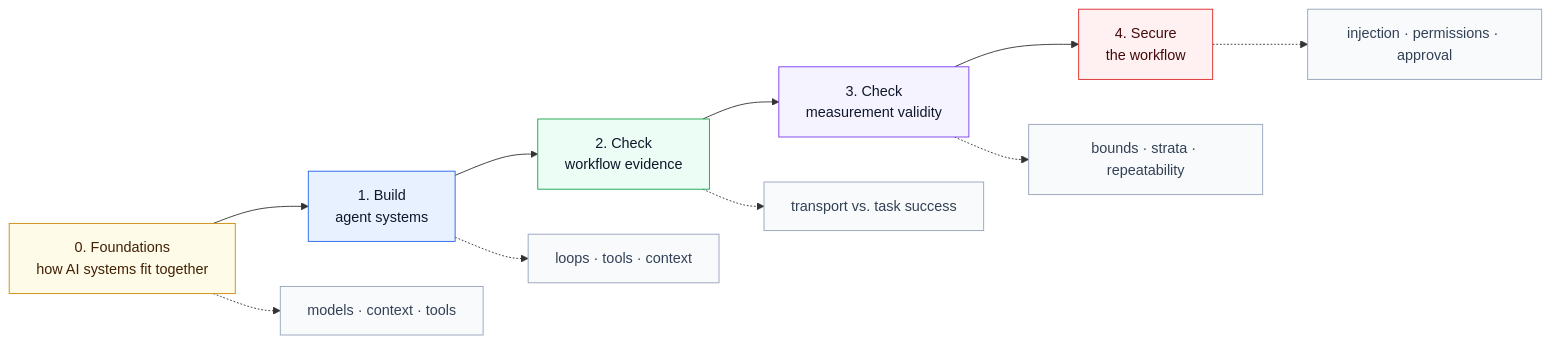
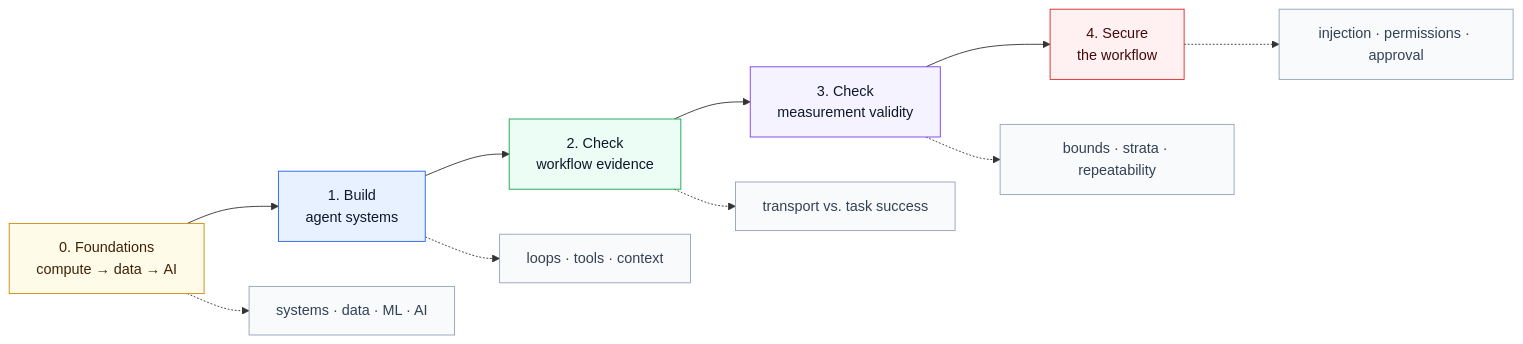
The diagram in README.md (julie-elkins/agent-evaluation-learning-path), drawn with Mermaid before and after one commit. The commit also changed other lines of this file, not shown here.

Commit message:
Expand foundations and security learning path

````diff
--- a/README.md
+++ b/README.md
@@ -14,27 +14,27 @@
 ```mermaid
 flowchart LR
-    F["0. Foundations<br/>how AI systems fit together"] --> B["1. Build<br/>agent systems"]
+    F["0. Foundations<br/>compute → data → AI"] --> B["1. Build<br/>agent systems"]
     B --> W["2. Check<br/>workflow evidence"]
     W --> M["3. Check<br/>measurement validity"]
     M --> S["4. Secure<br/>the workflow"]
 
-    F -.-> Fx["models · context · tools"]
+    F -.-> Fx["systems · data · ML · AI"]
     B -.-> Bx["loops · tools · context"]
     W -.-> Wx["transport vs. task success"]
     M -.-> Mx["bounds · strata · repeatability"]
     S -.-> Sx["injection · permissions · approval"]
 
     classDef foundation fill:#fefce8,stroke:#ca8a04,color:#422006
     classDef build fill:#e8f1ff,stroke:#2563eb,color:#0f172a
     classDef workflow fill:#ecfdf5,stroke:#16a34a,color:#0f172a
     classDef measure fill:#f5f3ff,stroke:#7c3aed,color:#0f172a
     classDef secure fill:#fff1f2,stroke:#dc2626,color:#450a0a
     classDef detail fill:#f8fafc,stroke:#94a3b8,color:#334155
 
     class F foundation
     class B build
     class W workflow
     class M measure
     class S secure
     class Fx,Bx,Wx,Mx,Sx detail
 ```
````
